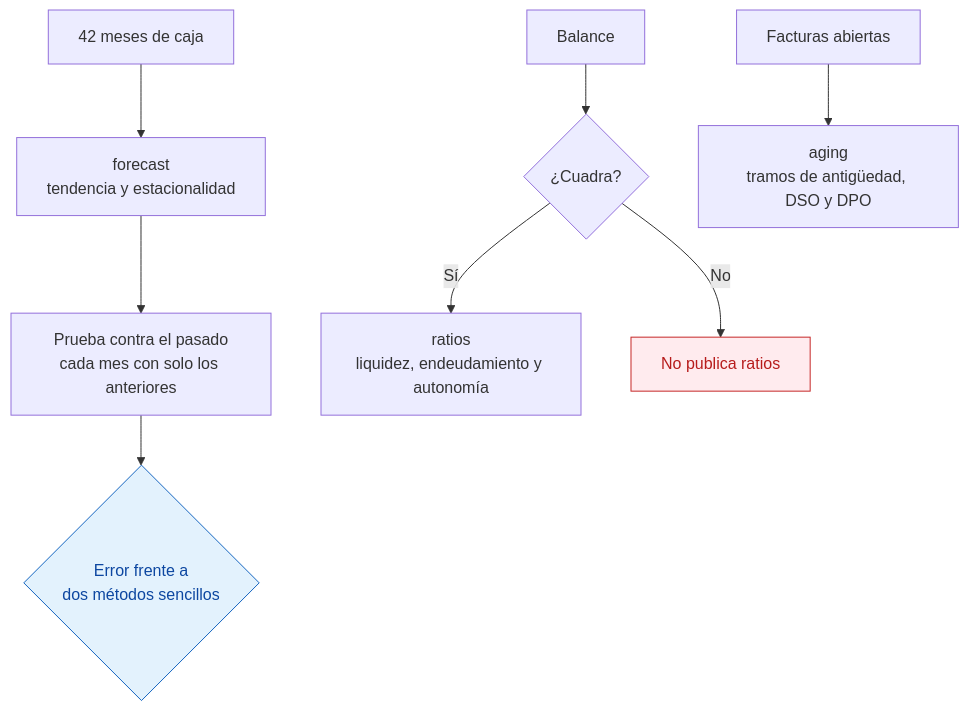
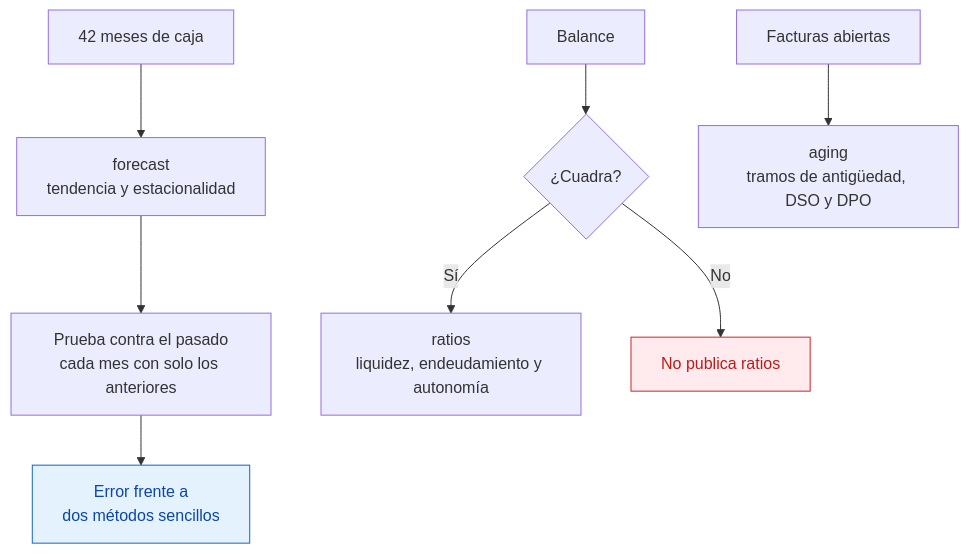
Before and after one commit to jleonceo/tesoreria-forecast-ia: the diagram in README.md, drawn with Mermaid. The commit also changed 1 other file, not shown here.

Commit message:
Esquema: el rombo se reserva para las decisiones
Una caja que no es una pregunta con dos salidas pasa a ser un rectángulo.

````diff
--- a/README.md
+++ b/README.md
@@ -29,12 +29,12 @@
 ```mermaid
 flowchart TD
     C[42 meses de caja] --> F[forecast<br/>tendencia y estacionalidad]
     F --> BT[Prueba contra el pasado<br/>cada mes con solo los anteriores]
-    BT --> CMP{Error frente a<br/>dos métodos sencillos}
+    BT --> CMP[Error frente a<br/>dos métodos sencillos]
     BL[Balance] --> Q{¿Cuadra?}
     Q -->|Sí| RA[ratios<br/>liquidez, endeudamiento y autonomía]
     Q -->|No| NR[No publica ratios]
     FA[Facturas abiertas] --> AG[aging<br/>tramos de antigüedad, DSO y DPO]
     style CMP fill:#e3f2fd,stroke:#1565c0,color:#0d47a1
     style NR fill:#ffebee,stroke:#c62828,color:#b71c1c
 ```
````
